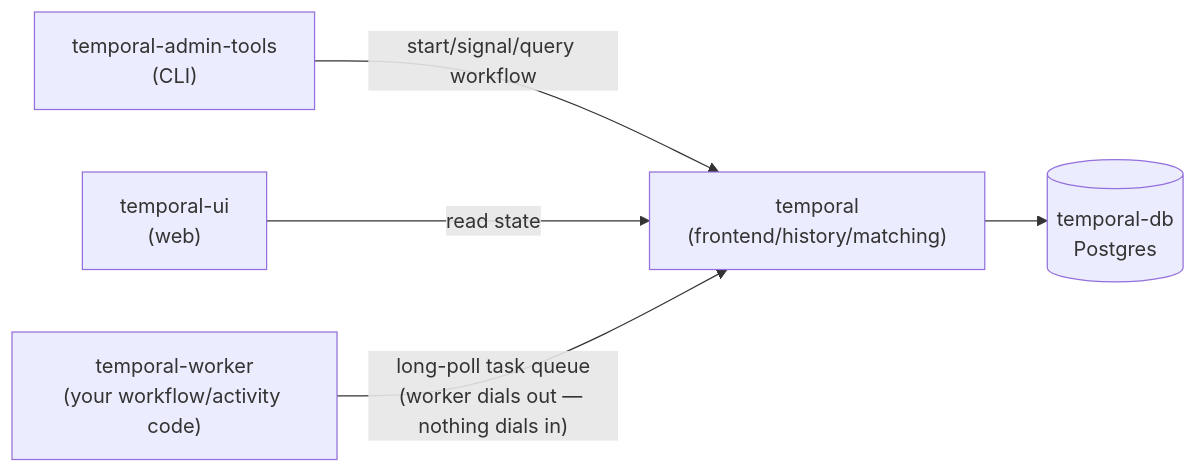
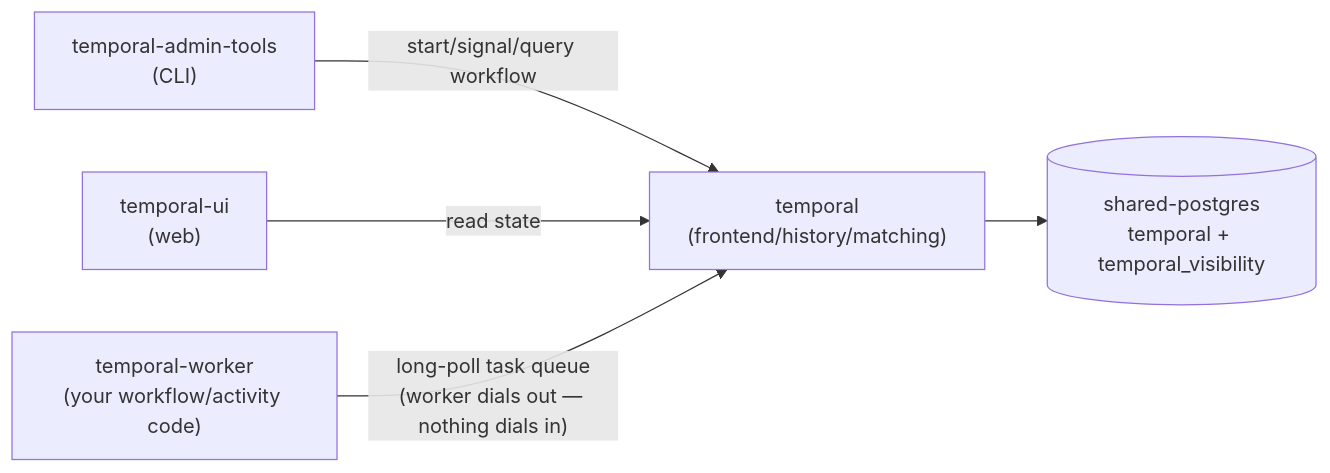
One commit to rajubhimani/homeserver changed the diagram in docs/services/temporal/temporal.md. Above: the diagram before and after it, drawn with Mermaid. The commit also changed other lines of this file and 74 other files, not shown here.

````diff
--- a/docs/services/temporal/temporal.md
+++ b/docs/services/temporal/temporal.md
@@ -35,7 +38,7 @@
 ```mermaid
 flowchart LR
     Admin["temporal-admin-tools<br/>(CLI)"] -->|start/signal/query workflow| Srv
     UI["temporal-ui<br/>(web)"] -->|read state| Srv
-    Srv["temporal<br/>(frontend/history/matching)"] --> DB[("temporal-db<br/>Postgres")]
+    Srv["temporal<br/>(frontend/history/matching)"] --> DB[("shared-postgres<br/>temporal + temporal_visibility")]
     W["temporal-worker<br/>(your workflow/activity code)"] -->|"long-poll task queue<br/>(worker dials out — nothing dials in)"| Srv
 ```
````
